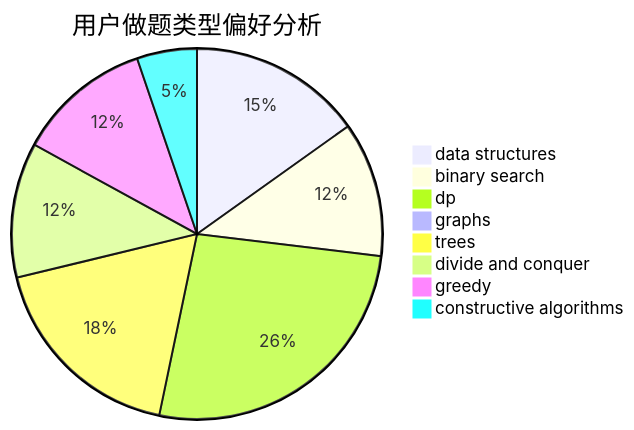
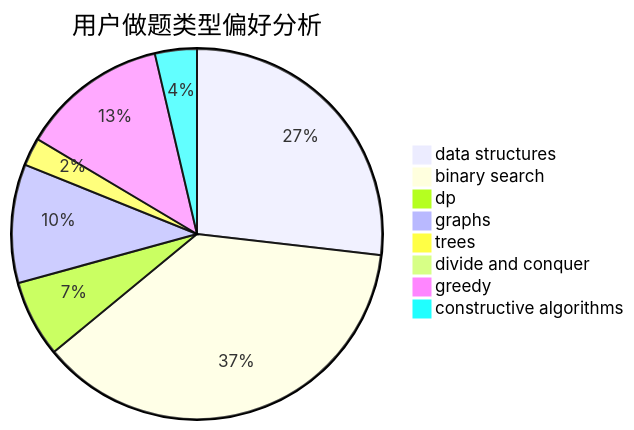
One commit to sherpahu/cfrs.github.io changed the second of 3 diagrams in docs/user/u583.md. Above: the diagram before and after it, drawn with Mermaid. The commit also changed other lines of this file and 2770 other files, not shown here.

````diff
--- a/docs/user/u583.md
+++ b/docs/user/u583.md
@@ -23,11 +23,11 @@
 ```mermaid
 pie title 用户做题类型偏好分析
-    "data structures" :  81
-    "binary search" :  63
-    "dp" :  141
-    "graphs" :  0
-    "trees" :  96
-    "divide and conquer" :  63
-    "greedy" :  63
-    "constructive algorithms" :  28
+    "data structures" :  44
+    "binary search" :  61
+    "dp" :  11
+    "graphs" :  17
+    "trees" :  4
+    "divide and conquer" :  0
+    "greedy" :  21
+    "constructive algorithms" :  6
 ```
````
